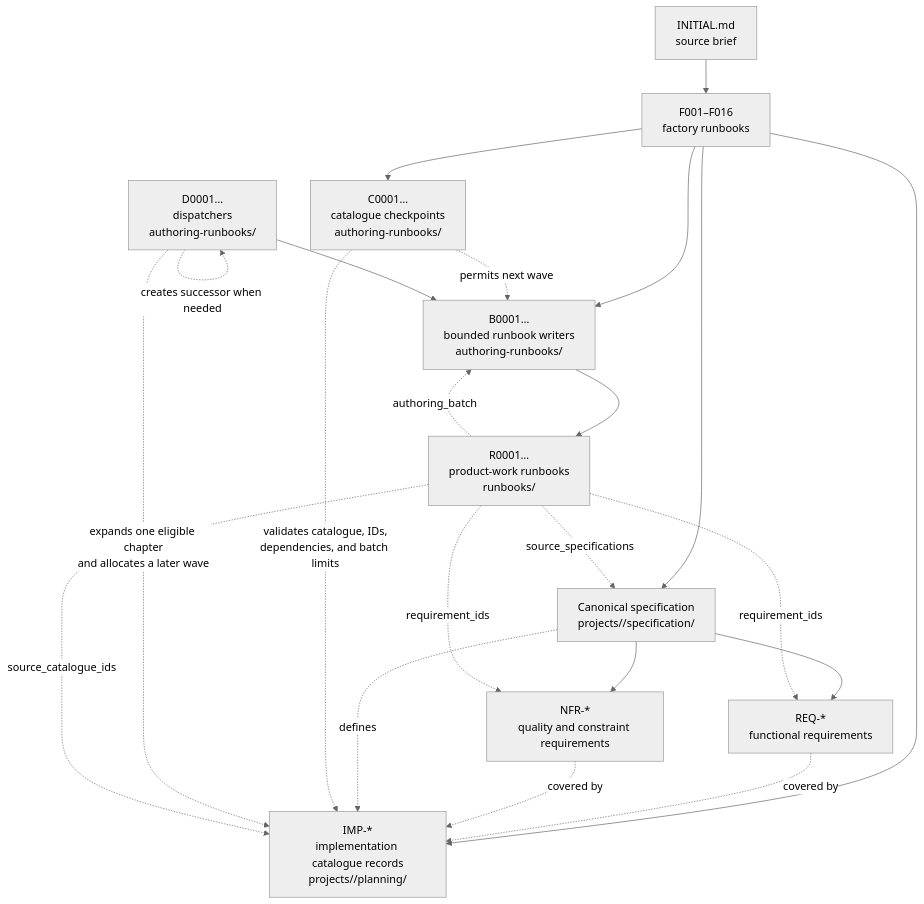
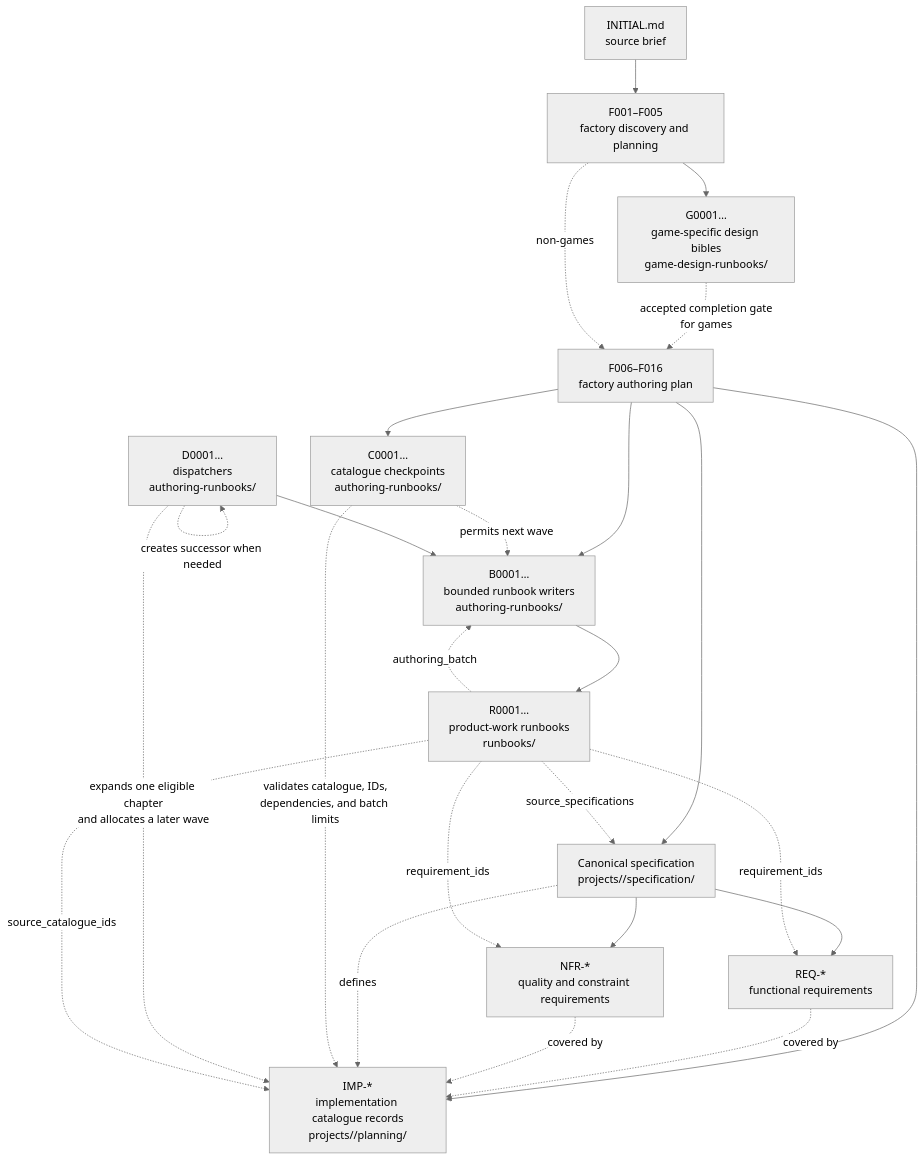
The diagram in README.md (jakowicz/supervisor-runbook-generator), drawn with Mermaid (neutral theme) before and after one commit. The commit also changed other lines of this file, not shown here.

Commit message:
Clarify G-series in normal runbook flow

````diff
--- a/README.md
+++ b/README.md
@@ -160,28 +160,31 @@
 ```mermaid
 flowchart TD
-    INITIAL["INITIAL.md\nsource brief"] --> F["F001–F016\nfactory runbooks"]
+    INITIAL["INITIAL.md\nsource brief"] --> F["F001–F005\nfactory discovery and planning"]
+    F --> G["G0001…\ngame-specific design bibles\ngame-design-runbooks/"]
+    G -. "accepted completion gate\nfor games" .-> POSTF["F006–F016\nfactory authoring plan"]
+    F -. "non-games" .-> POSTF
 
-    F --> SPEC["Canonical specification\nprojects/<name>/specification/"]
+    POSTF --> SPEC["Canonical specification\nprojects/<name>/specification/"]
     SPEC --> REQ["REQ-*\nfunctional requirements"]
     SPEC --> NFR["NFR-*\nquality and constraint requirements"]
-    F --> IMP["IMP-*\nimplementation catalogue records\nprojects/<name>/planning/"]
+    POSTF --> IMP["IMP-*\nimplementation catalogue records\nprojects/<name>/planning/"]
     REQ -. "covered by" .-> IMP
     NFR -. "covered by" .-> IMP
     SPEC -. "defines" .-> IMP
 
-    F --> B["B0001…\nbounded runbook writers\nauthoring-runbooks/"]
-    F --> C["C0001…\ncatalogue checkpoints\nauthoring-runbooks/"]
+    POSTF --> B["B0001…\nbounded runbook writers\nauthoring-runbooks/"]
+    POSTF --> C["C0001…\ncatalogue checkpoints\nauthoring-runbooks/"]
     C -. "validates catalogue, IDs,\ndependencies, and batch limits" .-> IMP
     C -. "permits next wave" .-> B
 
     D["D0001…\ndispatchers\nauthoring-runbooks/"] -. "expands one eligible chapter\nand allocates a later wave" .-> IMP
     D --> B
     D -. "creates successor when needed" .-> D
 
     B --> R["R0001…\nproduct-work runbooks\nrunbooks/"]
     R -. "requirement_ids" .-> REQ
     R -. "requirement_ids" .-> NFR
     R -. "source_catalogue_ids" .-> IMP
     R -. "source_specifications" .-> SPEC
     R -. "authoring_batch" .-> B
 ```
````
